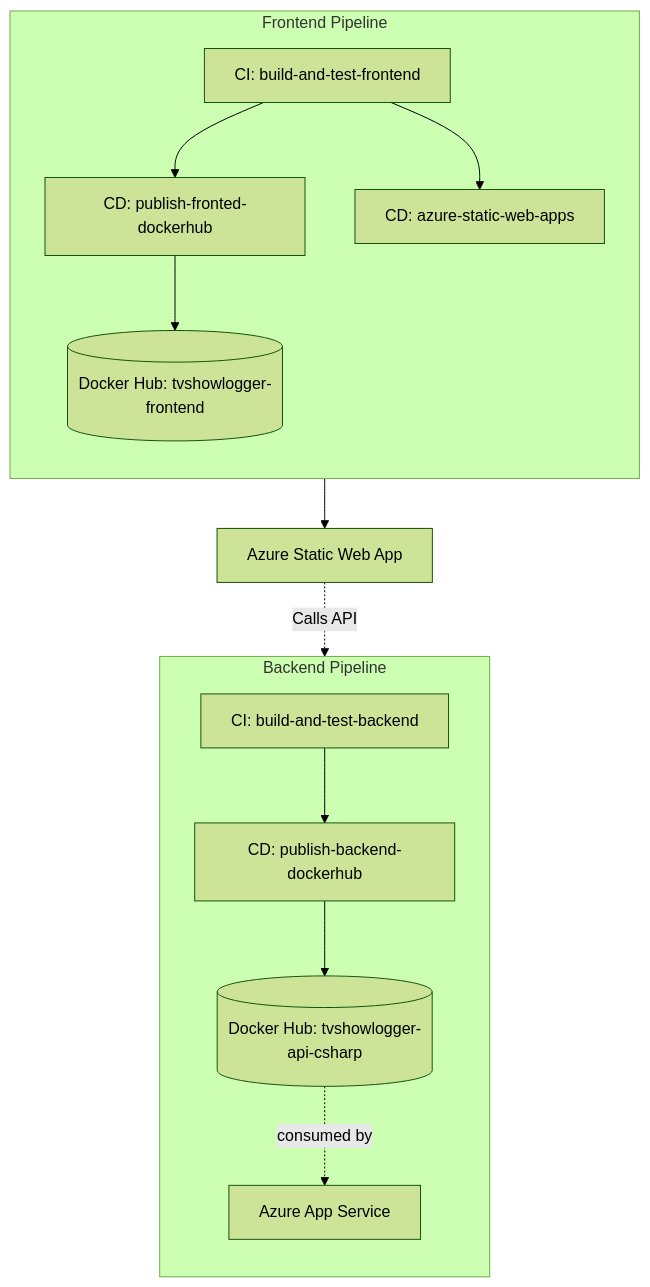
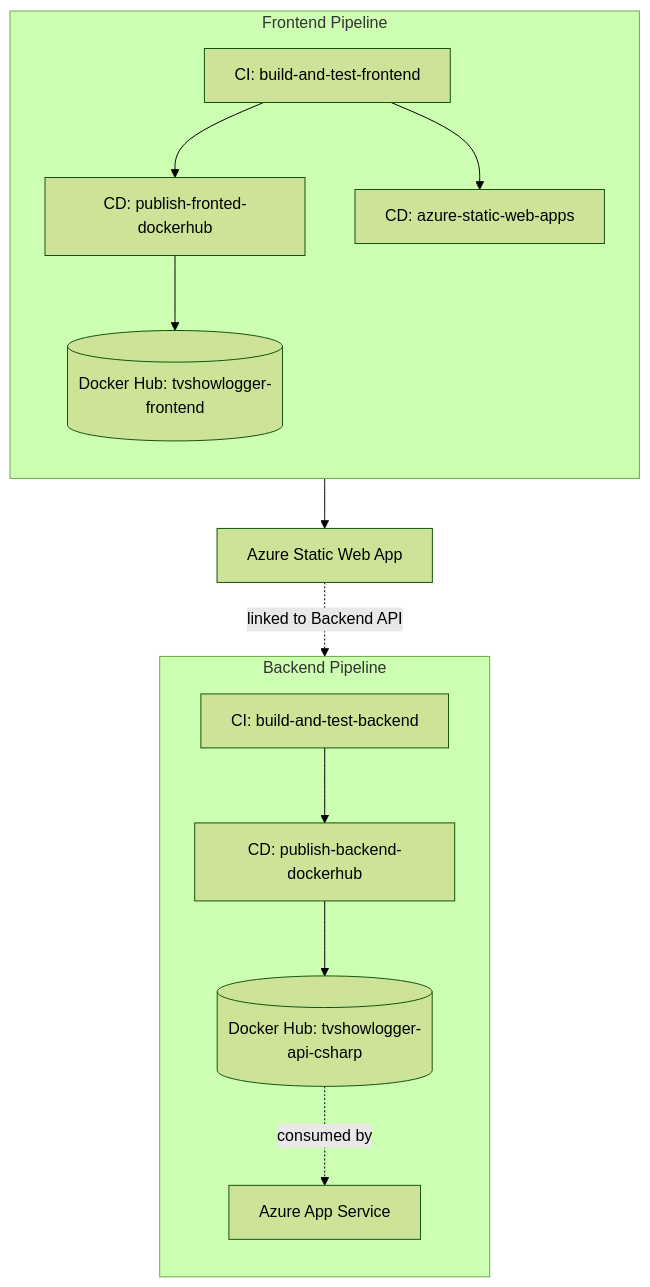
The second of 2 diagrams in README.md (nikolaihg/Experis-Codecool-Team-Project), drawn with Mermaid (forest theme) before and after one commit. The commit also changed other lines of this file, not shown here.

````diff
--- a/README.md
+++ b/README.md
@@ -118,22 +122,22 @@
 ```mermaid
 graph TD
     subgraph Backend [Backend Pipeline]
         direction TB
         B_CI[CI: build-and-test-backend]
         B_CD[CD: publish-backend-dockerhub]
         B_CI --> B_CD
         B_CD --> B_IMG[(Docker Hub: tvshowlogger-api-csharp)]
         B_IMG -. consumed by .-> B_Azure[Azure App Service]
     end
 
     subgraph Frontend [Frontend Pipeline]
         direction TB
         F_CI[CI: build-and-test-frontend]
         F_CI --> F_DH[CD: publish-fronted-dockerhub]
         F_CI --> F_AZ[CD: azure-static-web-apps]
         F_DH --> F_IMG[(Docker Hub: tvshowlogger-frontend)]
     end
 
     F_AZ --> F_Static[Azure Static Web App]
-    F_Static -.-> |Calls API| B_Azure
+    F_Static -.-> |linked to Backend API| B_Azure
 ```
````
